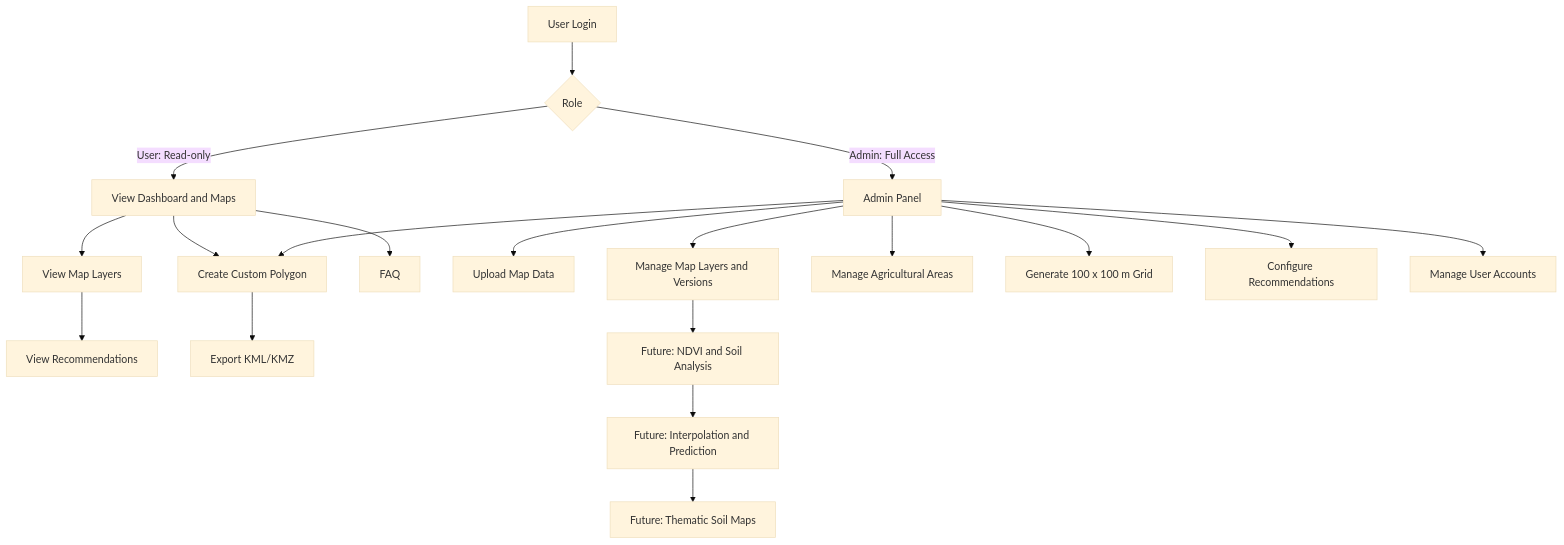
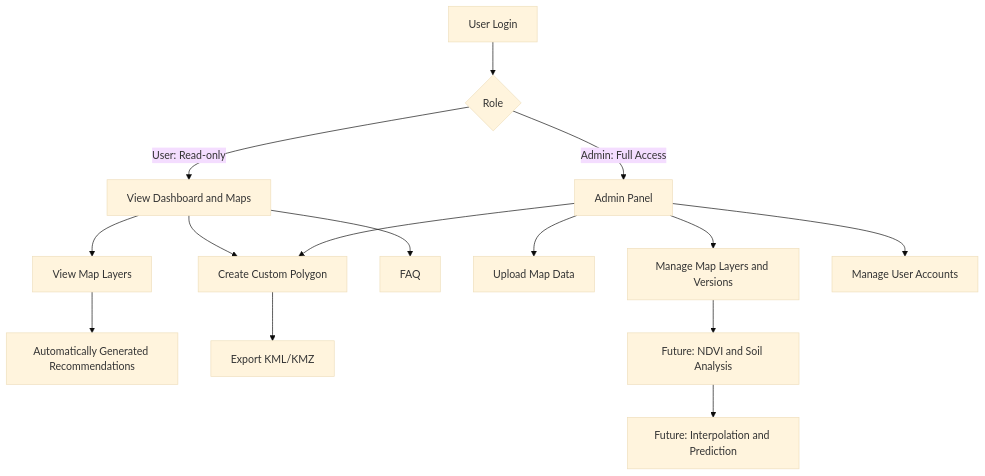
One commit to dzakyradithyaa/simponitp changed the diagram in README.md. Above: the diagram before and after it, drawn with Mermaid (base theme). The commit also changed other lines of this file, not shown here.

Commit message:
docs: simplify system flow

````diff
--- a/README.md
+++ b/README.md
@@ -19,24 +19,20 @@
 ```mermaid
 flowchart TD
     A[User Login] --> B{Role}
     B -->|User: Read-only| C[View Dashboard and Maps]
     B -->|Admin: Full Access| D[Admin Panel]
 
     C --> E[View Map Layers]
-    E --> F[View Recommendations]
+    E --> F[Automatically Generated Recommendations]
     C --> G[Create Custom Polygon]
     G --> H[Export KML/KMZ]
     C --> I[FAQ]
 
     D --> J[Upload Map Data]
     D --> K[Manage Map Layers and Versions]
-    D --> L[Manage Agricultural Areas]
     D --> G
-    D --> N[Generate 100 x 100 m Grid]
-    D --> O[Configure Recommendations]
-    D --> P[Manage User Accounts]
+    D --> N[Manage User Accounts]
 
-    K --> Q[Future: NDVI and Soil Analysis]
-    Q --> R[Future: Interpolation and Prediction]
-    R --> S[Future: Thematic Soil Maps]
+    K --> O[Future: NDVI and Soil Analysis]
+    O --> P[Future: Interpolation and Prediction]
 ```
````
